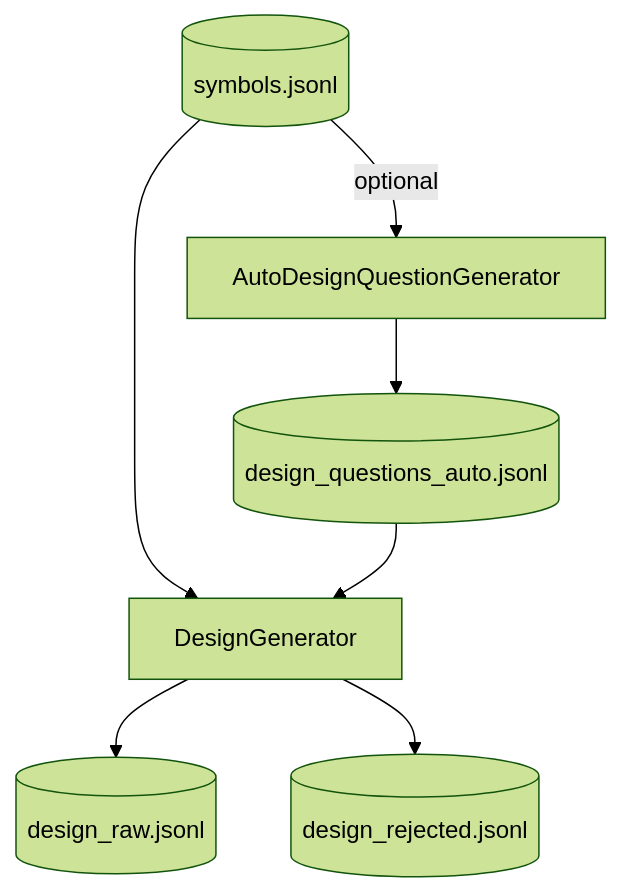
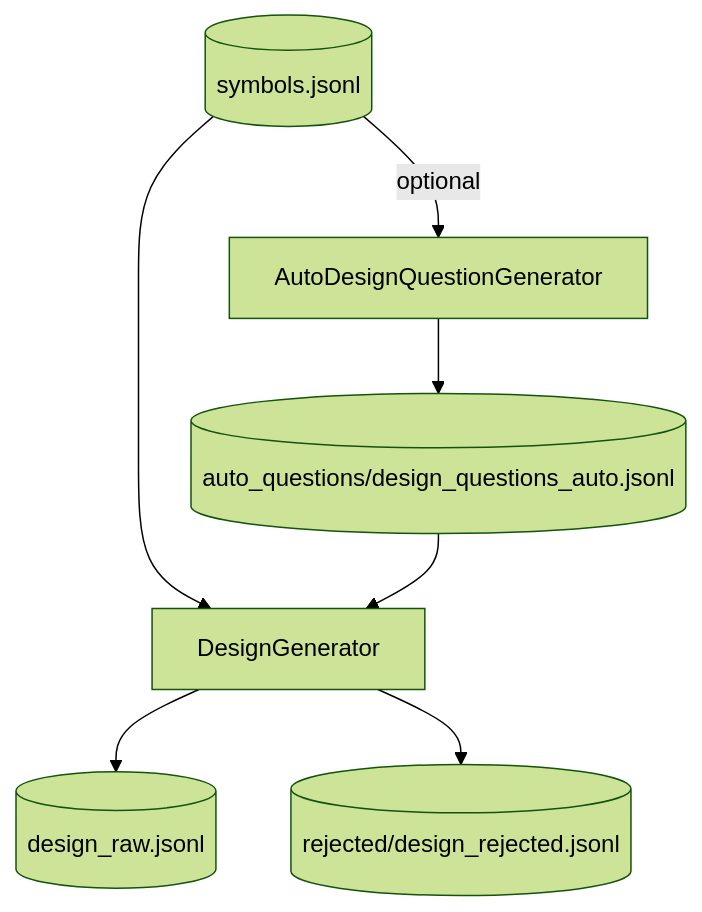
The diagram in docs/pipeline/04-design-generation-step.md (FlutteryEmbers/intelligent_code), drawn with Mermaid (forest theme) before and after one commit. The commit also changed other lines of this file and 15 other files, not shown here.

````diff
--- a/docs/pipeline/04-design-generation-step.md
+++ b/docs/pipeline/04-design-generation-step.md
@@ -50,9 +50,9 @@
 ```mermaid
 flowchart TD
   S[(symbols.jsonl)] -->|optional| R[AutoDesignQuestionGenerator]
-  R --> RA[(design_questions_auto.jsonl)]
+  R --> RA[(auto_questions/design_questions_auto.jsonl)]
   S --> D[DesignGenerator]
   RA --> D
   D --> O[(design_raw.jsonl)]
-  D --> X[(design_rejected.jsonl)]
+  D --> X[(rejected/design_rejected.jsonl)]
 ```
````
